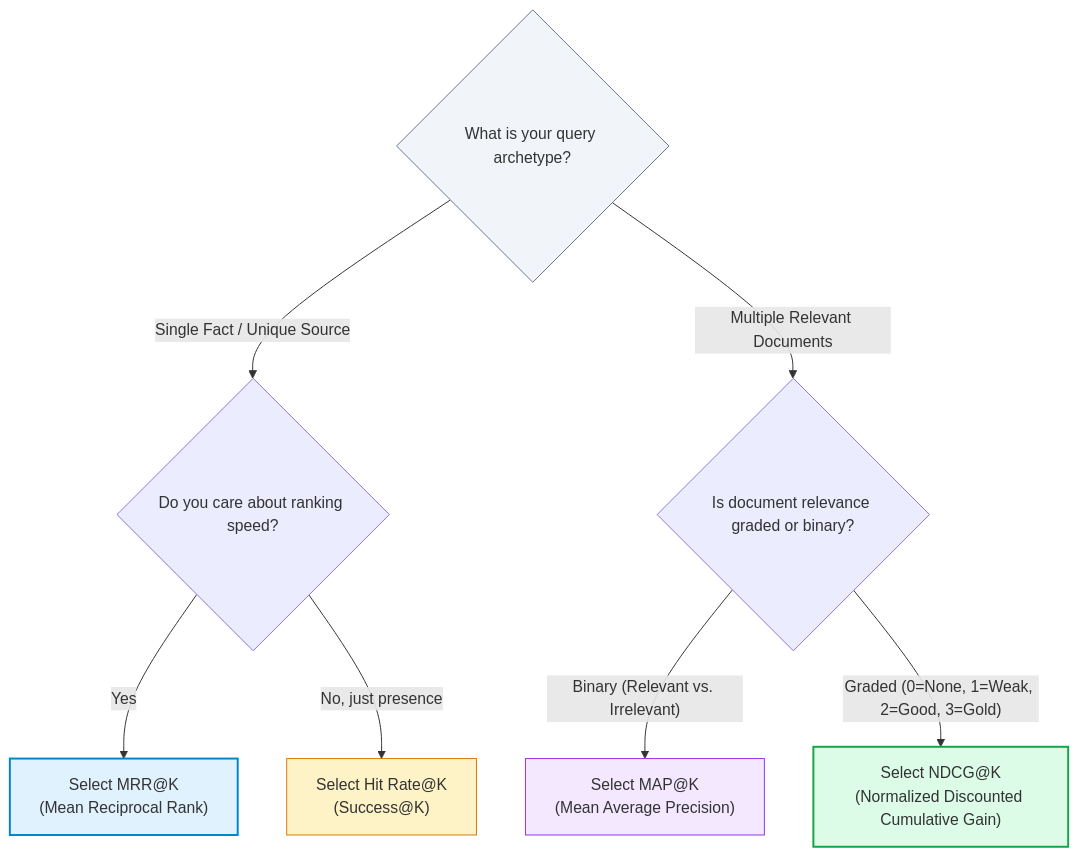
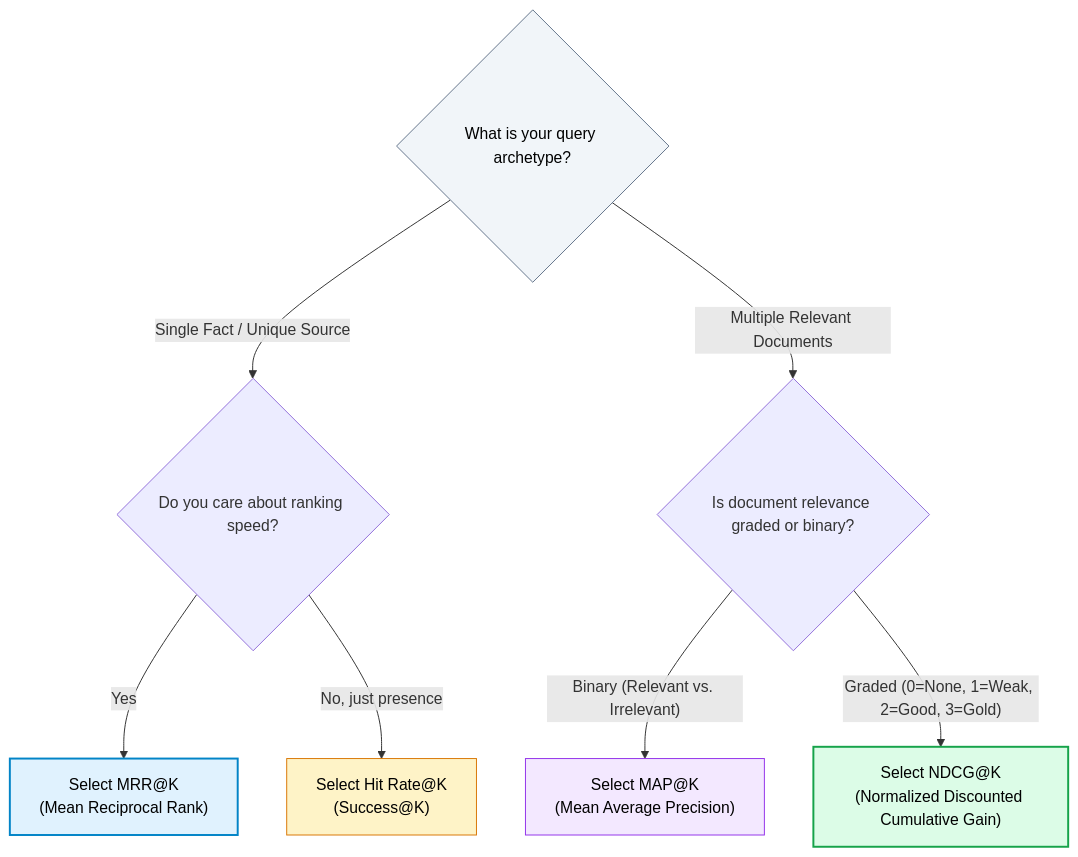
The third of 3 diagrams in 08-RAG-Evaluation-and-Optimization/Retrieval-Metrics.md (swapnil3104/RAG-Engineering), drawn with Mermaid before and after one commit. The commit also changed other lines of this file and 108 other files, not shown here.

Commit message:
fix: make chart text visible across all Mermaid diagrams and resolve markdown table formatting issues

````diff
--- a/08-RAG-Evaluation-and-Optimization/Retrieval-Metrics.md
+++ b/08-RAG-Evaluation-and-Optimization/Retrieval-Metrics.md
@@ -473,18 +473,18 @@
 ```mermaid
 flowchart TD
     Start{What is your query archetype?}
     
     Start -->|"Single Fact / Unique Source"| Q1{"Do you care about ranking speed?"}
     Q1 -->|"Yes"| MRR["Select MRR@K<br/>(Mean Reciprocal Rank)"]
     Q1 -->|"No, just presence"| Hit["Select Hit Rate@K<br/>(Success@K)"]
     
     Start -->|"Multiple Relevant Documents"| Q2{"Is document relevance graded or binary?"}
     Q2 -->|"Binary (Relevant vs. Irrelevant)"| MAP["Select MAP@K<br/>(Mean Average Precision)"]
     Q2 -->|"Graded (0=None, 1=Weak, 2=Good, 3=Gold)"| NDCG["Select NDCG@K<br/>(Normalized Discounted Cumulative Gain)"]
 
-    style Start fill:#f1f5f9,stroke:#64748b
-    style MRR fill:#e0f2fe,stroke:#0284c7,stroke-width:2px
-    style Hit fill:#fef3c7,stroke:#d97706
-    style MAP fill:#f3e8ff,stroke:#9333ea
-    style NDCG fill:#dcfce7,stroke:#16a34a,stroke-width:2px
+    style Start fill:#f1f5f9,stroke:#64748b,color:#000000
+    style MRR fill:#e0f2fe,stroke:#0284c7,stroke-width:2px,color:#000000
+    style Hit fill:#fef3c7,stroke:#d97706,color:#000000
+    style MAP fill:#f3e8ff,stroke:#9333ea,color:#000000
+    style NDCG fill:#dcfce7,stroke:#16a34a,stroke-width:2px,color:#000000
 ```
````
